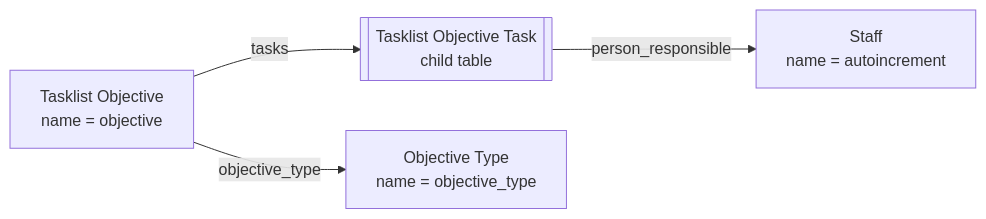
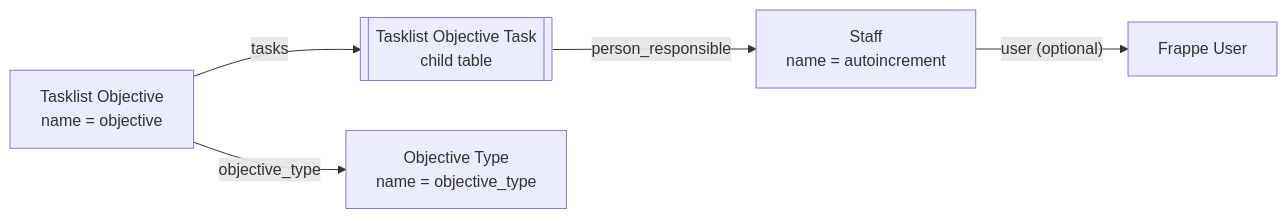
Before and after one commit to krystallinesalt/task_list: the diagram in docs/domain-model.md, drawn with Mermaid. The commit also changed other lines of this file and 34 other files, not shown here.

````diff
--- a/docs/domain-model.md
+++ b/docs/domain-model.md
@@ -11,11 +11,12 @@
 ```mermaid
 flowchart LR
     TO["Tasklist Objective<br/>name = objective"]
     TOT[["Tasklist Objective Task<br/>child table"]]
     OT["Objective Type<br/>name = objective_type"]
     S["Staff<br/>name = autoincrement"]
 
     TO -->|"tasks"| TOT
     TO -->|"objective_type"| OT
     TOT -->|"person_responsible"| S
+    S -->|"user (optional)"| U["Frappe User"]
 ```
````
